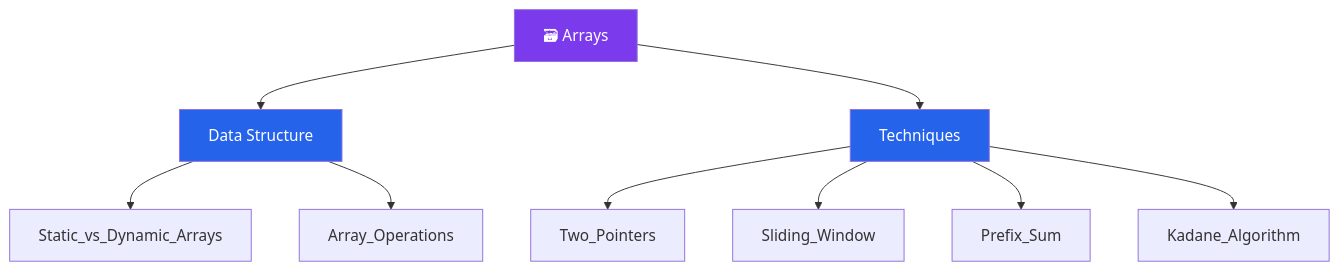
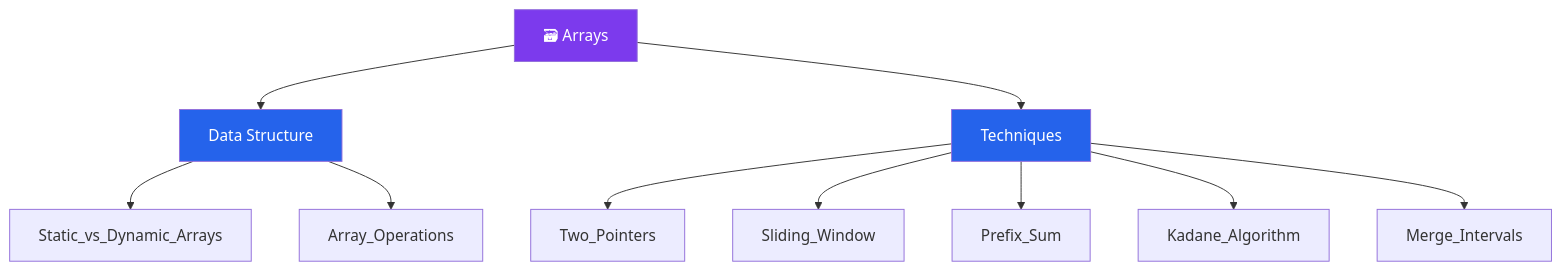
The diagram in DSA/01_Arrays/_MOC_Arrays.md (karanjain1601/Obsidian-Monday), drawn with Mermaid before and after one commit. The commit also changed other lines of this file and 274 other files, not shown here.

````diff
--- a/DSA/01_Arrays/_MOC_Arrays.md
+++ b/DSA/01_Arrays/_MOC_Arrays.md
@@ -15,18 +15,19 @@
 ```mermaid
 graph TD
     CENTER["🗃 Arrays"]
     CENTER --> DS["Data Structure"]
     CENTER --> TECH["Techniques"]
 
     DS --> STATIC["Static_vs_Dynamic_Arrays"]
     DS --> OPS["Array_Operations"]
 
     TECH --> TWO_P["Two_Pointers"]
     TECH --> SLIDE["Sliding_Window"]
     TECH --> PREFIX["Prefix_Sum"]
     TECH --> KADANE["Kadane_Algorithm"]
+    TECH --> INTERVALS["Merge_Intervals"]
 
     style CENTER fill:#7c3aed,color:#fff
     style DS fill:#2563eb,color:#fff
     style TECH fill:#2563eb,color:#fff
 ```
````
